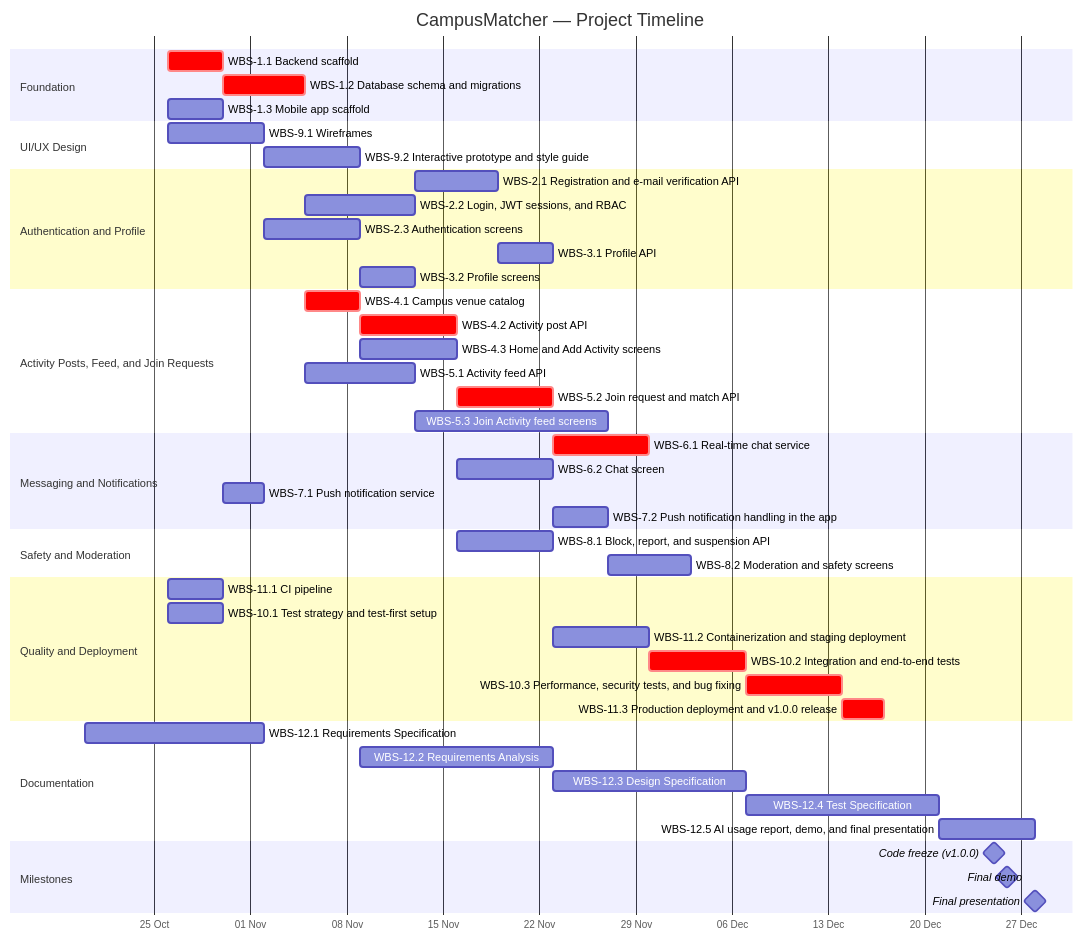
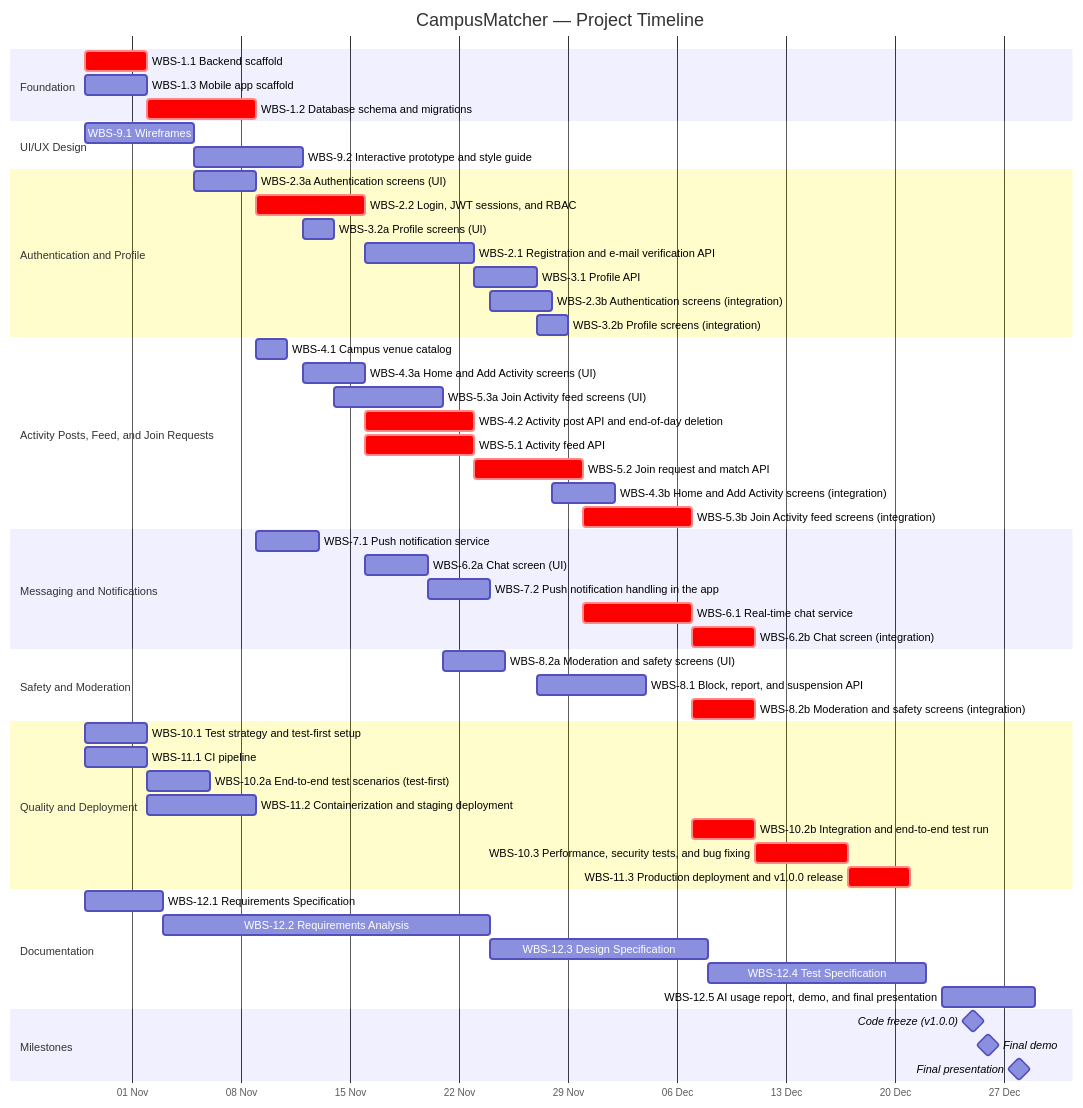
One commit to DurukanEnes/campus-matcher changed the second of 2 diagrams in docs/ProjectPlan.md. Above: the diagram before and after it, drawn with Mermaid. The commit also changed other lines of this file, not shown here.

````diff
--- a/docs/ProjectPlan.md
+++ b/docs/ProjectPlan.md
@@ -436,51 +532,58 @@
 ```mermaid
 gantt
     title CampusMatcher — Project Timeline
     dateFormat YYYY-MM-DD
     axisFormat %d %b
     section Foundation
-    WBS-1.1 Backend scaffold :crit, w11, 2026-10-26, 4d
-    WBS-1.2 Database schema and migrations :crit, w12, 2026-10-30, 6d
-    WBS-1.3 Mobile app scaffold :w13, 2026-10-26, 4d
+    WBS-1.1 Backend scaffold :crit, w1_1, 2026-10-29, 4d
+    WBS-1.3 Mobile app scaffold :w1_3, 2026-10-29, 4d
+    WBS-1.2 Database schema and migrations :crit, w1_2, 2026-11-02, 7d
     section UI/UX Design
-    WBS-9.1 Wireframes :w91, 2026-10-26, 7d
-    WBS-9.2 Interactive prototype and style guide :w92, 2026-11-02, 7d
+    WBS-9.1 Wireframes :w9_1, 2026-10-29, 7d
+    WBS-9.2 Interactive prototype and style guide :w9_2, 2026-11-05, 7d
     section Authentication and Profile
-    WBS-2.1 Registration and e-mail verification API :w21, 2026-11-13, 6d
-    WBS-2.2 Login, JWT sessions, and RBAC :w22, 2026-11-05, 8d
-    WBS-2.3 Authentication screens :w23, 2026-11-02, 7d
-    WBS-3.1 Profile API :w31, 2026-11-19, 4d
-    WBS-3.2 Profile screens :w32, 2026-11-09, 4d
+    WBS-2.3a Authentication screens (UI) :w2_3a, 2026-11-05, 4d
+    WBS-2.2 Login, JWT sessions, and RBAC :crit, w2_2, 2026-11-09, 7d
+    WBS-3.2a Profile screens (UI) :w3_2a, 2026-11-12, 2d
+    WBS-2.1 Registration and e-mail verification API :w2_1, 2026-11-16, 7d
+    WBS-3.1 Profile API :w3_1, 2026-11-23, 4d
+    WBS-2.3b Authentication screens (integration) :w2_3b, 2026-11-24, 4d
+    WBS-3.2b Profile screens (integration) :w3_2b, 2026-11-27, 2d
     section Activity Posts, Feed, and Join Requests
-    WBS-4.1 Campus venue catalog :crit, w41, 2026-11-05, 4d
-    WBS-4.2 Activity post API :crit, w42, 2026-11-09, 7d
-    WBS-4.3 Home and Add Activity screens :w43, 2026-11-09, 7d
-    WBS-5.1 Activity feed API :w51, 2026-11-05, 8d
-    WBS-5.2 Join request and match API :crit, w52, 2026-11-16, 7d
-    WBS-5.3 Join Activity feed screens :w53, 2026-11-13, 14d
+    WBS-4.1 Campus venue catalog :w4_1, 2026-11-09, 2d
+    WBS-4.3a Home and Add Activity screens (UI) :w4_3a, 2026-11-12, 4d
+    WBS-5.3a Join Activity feed screens (UI) :w5_3a, 2026-11-14, 7d
+    WBS-4.2 Activity post API and end-of-day deletion :crit, w4_2, 2026-11-16, 7d
+    WBS-5.1 Activity feed API :crit, w5_1, 2026-11-16, 7d
+    WBS-5.2 Join request and match API :crit, w5_2, 2026-11-23, 7d
+    WBS-4.3b Home and Add Activity screens (integration) :w4_3b, 2026-11-28, 4d
+    WBS-5.3b Join Activity feed screens (integration) :crit, w5_3b, 2026-11-30, 7d
     section Messaging and Notifications
-    WBS-6.1 Real-time chat service :crit, w61, 2026-11-23, 7d
-    WBS-6.2 Chat screen :w62, 2026-11-16, 7d
-    WBS-7.1 Push notification service :w71, 2026-10-30, 3d
-    WBS-7.2 Push notification handling in the app :w72, 2026-11-23, 4d
+    WBS-7.1 Push notification service :w7_1, 2026-11-09, 4d
+    WBS-6.2a Chat screen (UI) :w6_2a, 2026-11-16, 4d
+    WBS-7.2 Push notification handling in the app :w7_2, 2026-11-20, 4d
+    WBS-6.1 Real-time chat service :crit, w6_1, 2026-11-30, 7d
+    WBS-6.2b Chat screen (integration) :crit, w6_2b, 2026-12-07, 4d
     section Safety and Moderation
-    WBS-8.1 Block, report, and suspension API :w81, 2026-11-16, 7d
-    WBS-8.2 Moderation and safety screens :w82, 2026-11-27, 6d
+    WBS-8.2a Moderation and safety screens (UI) :w8_2a, 2026-11-21, 4d
+    WBS-8.1 Block, report, and suspension API :w8_1, 2026-11-27, 7d
+    WBS-8.2b Moderation and safety screens (integration) :crit, w8_2b, 2026-12-07, 4d
     section Quality and Deployment
-    WBS-11.1 CI pipeline :w111, 2026-10-26, 4d
-    WBS-10.1 Test strategy and test-first setup :w101, 2026-10-26, 4d
-    WBS-11.2 Containerization and staging deployment :w112, 2026-11-23, 7d
-    WBS-10.2 Integration and end-to-end tests :crit, w102, 2026-11-30, 7d
-    WBS-10.3 Performance, security tests, and bug fixing :crit, w103, 2026-12-07, 7d
-    WBS-11.3 Production deployment and v1.0.0 release :crit, w113, 2026-12-14, 3d
+    WBS-10.1 Test strategy and test-first setup :w10_1, 2026-10-29, 4d
+    WBS-11.1 CI pipeline :w11_1, 2026-10-29, 4d
+    WBS-10.2a End-to-end test scenarios (test-first) :w10_2a, 2026-11-02, 4d
+    WBS-11.2 Containerization and staging deployment :w11_2, 2026-11-02, 7d
+    WBS-10.2b Integration and end-to-end test run :crit, w10_2b, 2026-12-07, 4d
+    WBS-10.3 Performance, security tests, and bug fixing :crit, w10_3, 2026-12-11, 6d
+    WBS-11.3 Production deployment and v1.0.0 release :crit, w11_3, 2026-12-17, 4d
     section Documentation
-    WBS-12.1 Requirements Specification :d121, 2026-10-20, 13d
-    WBS-12.2 Requirements Analysis :d122, 2026-11-09, 14d
-    WBS-12.3 Design Specification :d123, 2026-11-23, 14d
-    WBS-12.4 Test Specification :d124, 2026-12-07, 14d
-    WBS-12.5 AI usage report, demo, and final presentation :d125, 2026-12-21, 7d
+    WBS-12.1 Requirements Specification :d121, 2026-10-29, 5d
+    WBS-12.2 Requirements Analysis :d122, 2026-11-03, 21d
+    WBS-12.3 Design Specification :d123, 2026-11-24, 14d
+    WBS-12.4 Test Specification :d124, 2026-12-08, 14d
+    WBS-12.5 AI usage report, demo, and final presentation :d125, 2026-12-23, 6d
     section Milestones
     Code freeze (v1.0.0) :milestone, m1, 2026-12-25, 0d
     Final demo :milestone, m2, 2026-12-26, 0d
     Final presentation :milestone, m3, 2026-12-28, 0d
 ```
````
